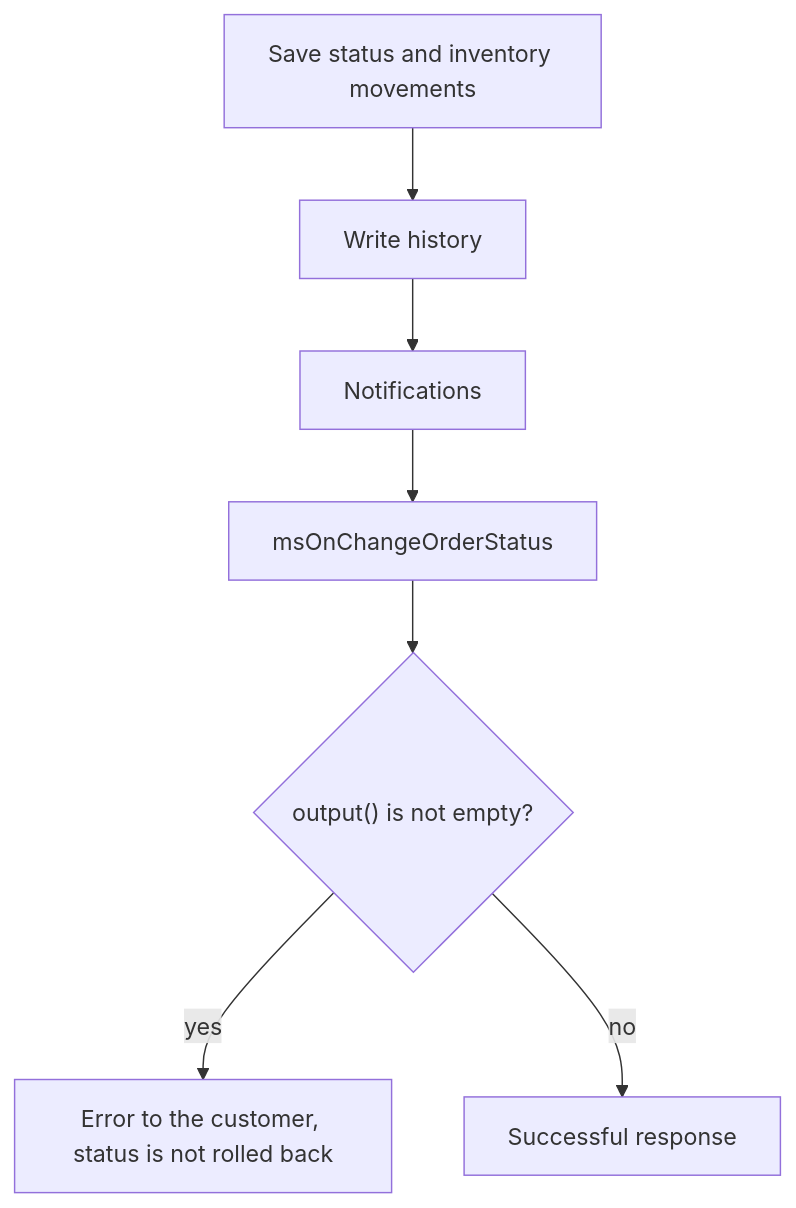
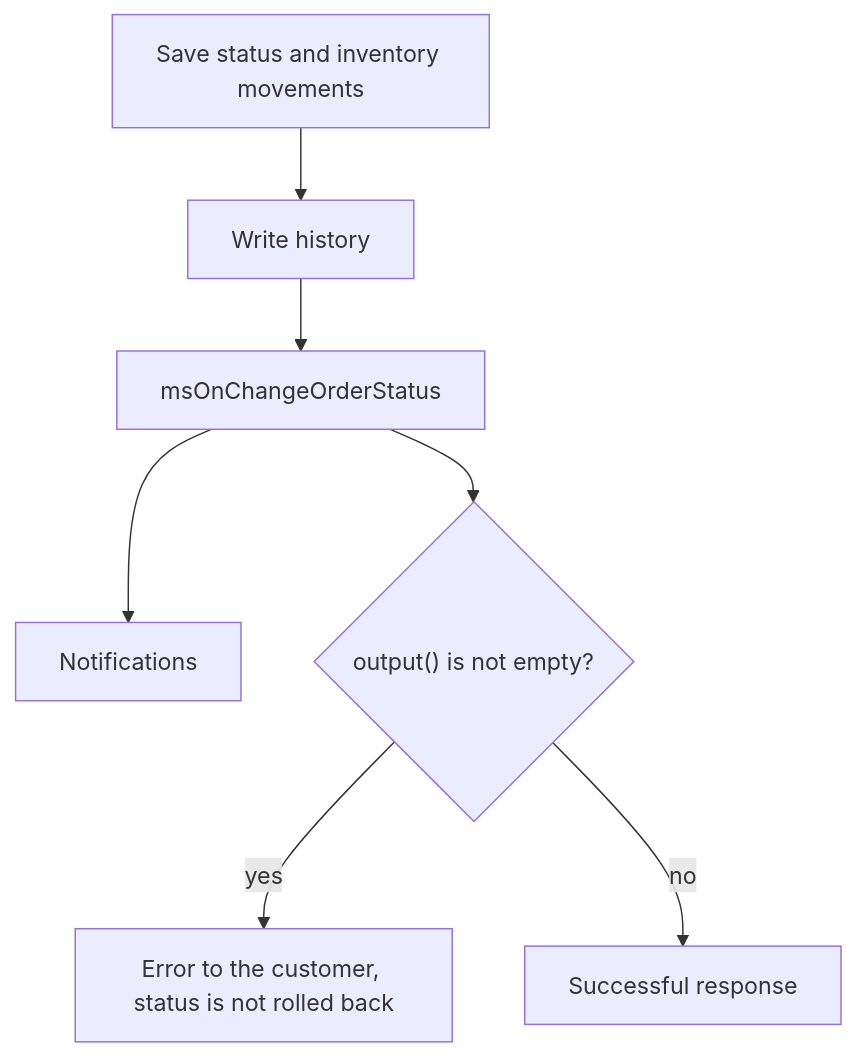
Before and after one commit to modx-pro/Docs: the diagram in docs/en/components/minishop3/development/events/status.md, drawn with Mermaid. The commit also changed other lines of this file and 8 other files, not shown here.

````diff
--- a/docs/en/components/minishop3/development/events/status.md
+++ b/docs/en/components/minishop3/development/events/status.md
@@ -97,9 +110,9 @@
 ```mermaid
 flowchart TD
   save["Save status and inventory movements"] --> history["Write history"]
-  history --> notify["Notifications"]
-  notify --> event["msOnChangeOrderStatus"]
+  history --> event["msOnChangeOrderStatus"]
+  event --> notify["Notifications"]
   event --> out{"output() is not empty?"}
   out -->|yes| err["Error to the customer, status is not rolled back"]
   out -->|no| ok["Successful response"]
 ```
````
